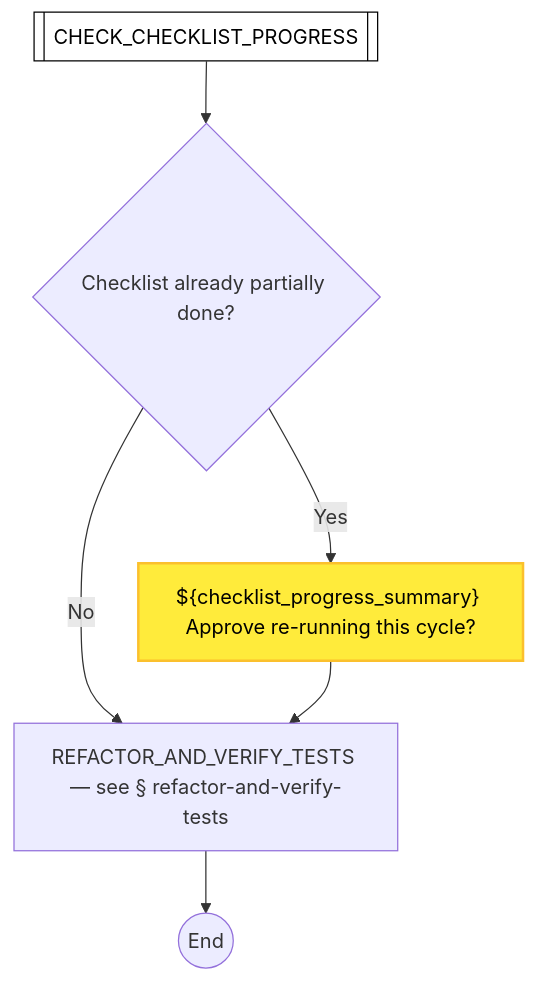
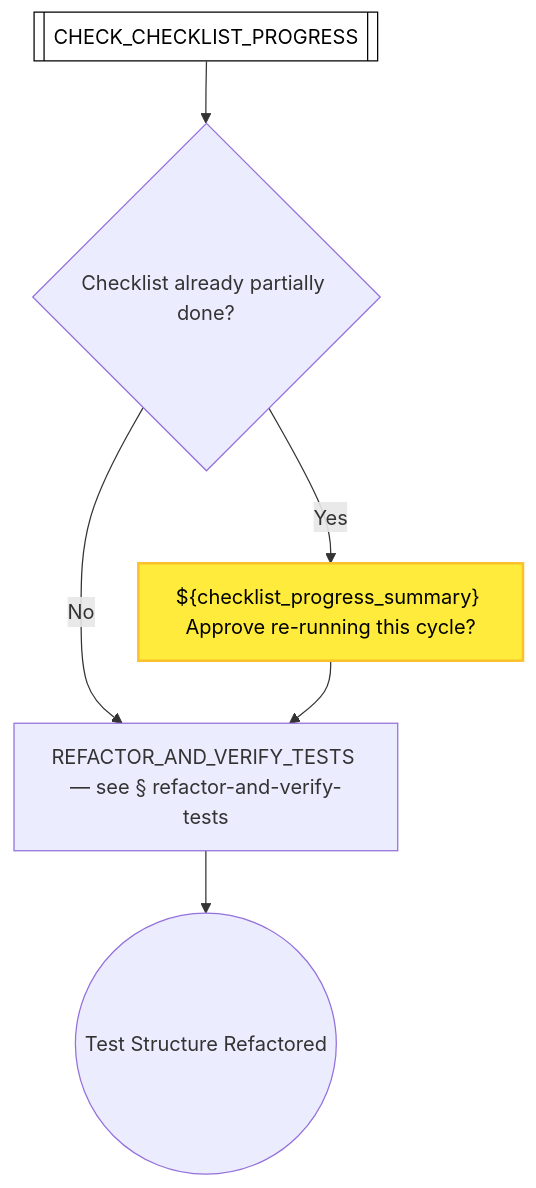
One commit to optivem/gh-optivem changed diagram 12 of 50 in docs/process-diagram.md. Above: the diagram before and after it, drawn with Mermaid. The commit also changed other lines of this file and 5 other files, not shown here.

````diff
--- a/docs/process-diagram.md
+++ b/docs/process-diagram.md
@@ -255,20 +290,20 @@
 ```mermaid
 flowchart TD
     CHECK_CHECKLIST_PROGRESS[[CHECK_CHECKLIST_PROGRESS]]
     GATE_CHECKLIST_PARTIALLY_DONE{Checklist already partially done?}
     REFACTOR_AND_VERIFY_TESTS[REFACTOR_AND_VERIFY_TESTS — see § refactor-and-verify-tests]
-    REFACTOR_TEST_STRUCTURE_END((End))
+    REFACTOR_TEST_STRUCTURE_END((Test Structure Refactored))
     STOP_CHECKLIST_PARTIALLY_DONE["${checklist_progress_summary} Approve re-running this cycle?"]
 
     CHECK_CHECKLIST_PROGRESS --> GATE_CHECKLIST_PARTIALLY_DONE
     GATE_CHECKLIST_PARTIALLY_DONE -- Yes --> STOP_CHECKLIST_PARTIALLY_DONE
     GATE_CHECKLIST_PARTIALLY_DONE -- No --> REFACTOR_AND_VERIFY_TESTS
     STOP_CHECKLIST_PARTIALLY_DONE --> REFACTOR_AND_VERIFY_TESTS
     REFACTOR_AND_VERIFY_TESTS --> REFACTOR_TEST_STRUCTURE_END
 
     classDef serviceNode fill:#ffffff,stroke:#000000,stroke-width:1px,color:#000000
     class CHECK_CHECKLIST_PROGRESS serviceNode
 
     classDef humanNode fill:#ffeb3b,stroke:#fbc02d,stroke-width:2px,color:#000000
     class STOP_CHECKLIST_PARTIALLY_DONE humanNode
 ```
````
